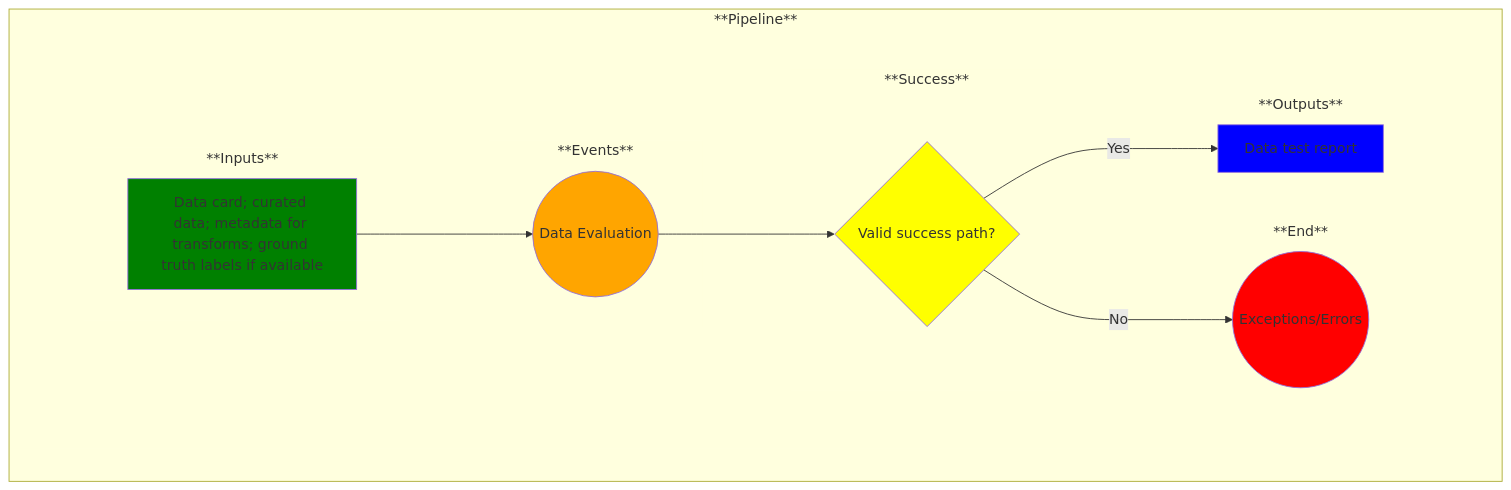
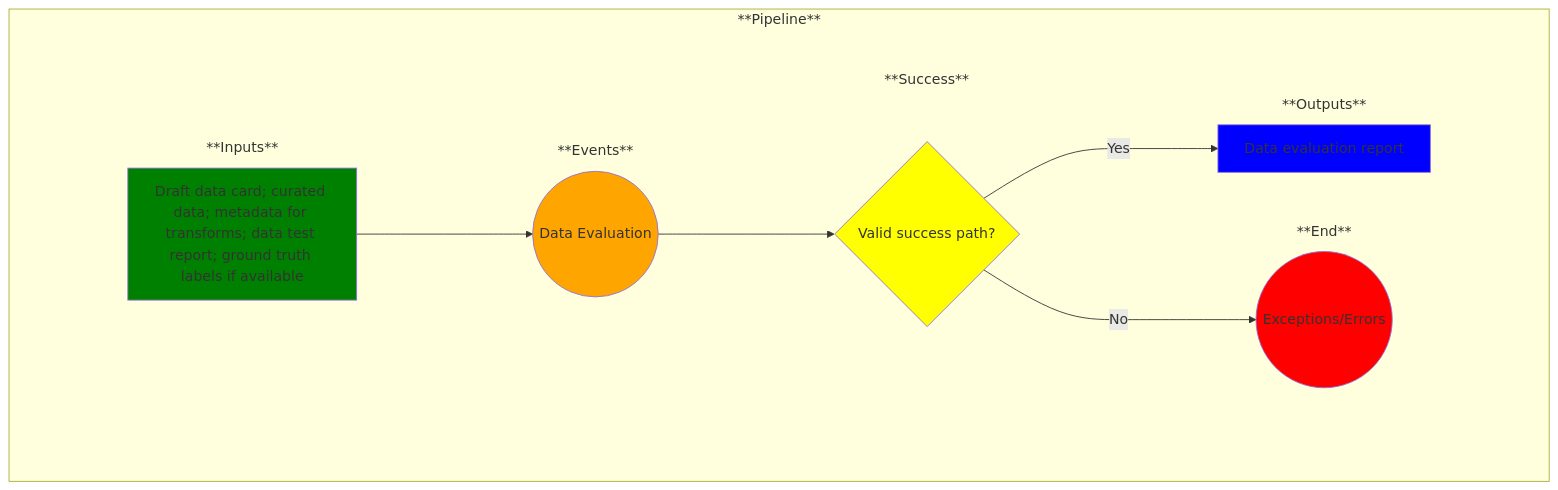
One commit to MLOps-OpenAPI/arch-diagrams changed the diagram in use-cases/6b-data-eval.md. Above: the diagram before and after it, drawn with Mermaid. The commit also changed other lines of this file and 4 other files, not shown here.

Commit message:
Fixed UC7 and data card inputs to be consistent

````diff
--- a/use-cases/6b-data-eval.md
+++ b/use-cases/6b-data-eval.md
@@ -20,64 +21,64 @@
 ```mermaid
 
 %% Creating a left-to-right flowchart
 %% Learn the syntax here: https://mermaid.js.org/syntax/flowchart.html
 %% Note: flowchart and graph are the same in Mermaid
 graph LR;
 
     %% Define the common flow items:
     %%A--> B
     %%B-->C
     subgraph Pipeline ["**Pipeline**"]
         
         %% Add an empty node to overcome some formatting issues
         subgraph invisibleSpace["<br/>"]
 
             %% Add the rest of the nodes
             subgraph Inputs ["**Inputs**"]
                 A
             end
             subgraph Events ["**Events**"]
                 B
             end
             subgraph Success ["**Success**"]
                 C
             end
             subgraph End ["**End**"]
                 D
             end
             subgraph Outputs ["**Outputs**"]
                 E
             end
         end
         A-->B
         B-->C
         C--> | No | D
         C--> | Yes | E
     end
 
     %% Now label and style the blocks
     %% Note: You could have done this above, but I find this to be cleaner and easier to manage
 
-    A[Data card; curated data; metadata for transforms; ground truth labels if available]
+    A[Draft data card; curated data; metadata for transforms; data test report; ground truth labels if available]
     style A fill:green
 
     B((Data Evaluation))
     style B fill:orange
 
     C{Valid success path?}
     style C fill:yellow
 
     D((Exceptions/Errors))
     style D fill:red
 
-    E[Data test report]
+    E[Data evaluation report]
     style E fill:blue
 
     %% Remove unnecessary box outlines
     style invisibleSpace stroke-width:0
     style Inputs stroke-width:0
     style Events stroke-width:0
     style Outputs stroke-width:0
     style End stroke-width:0
     style Success stroke-width:0
 ```
````
